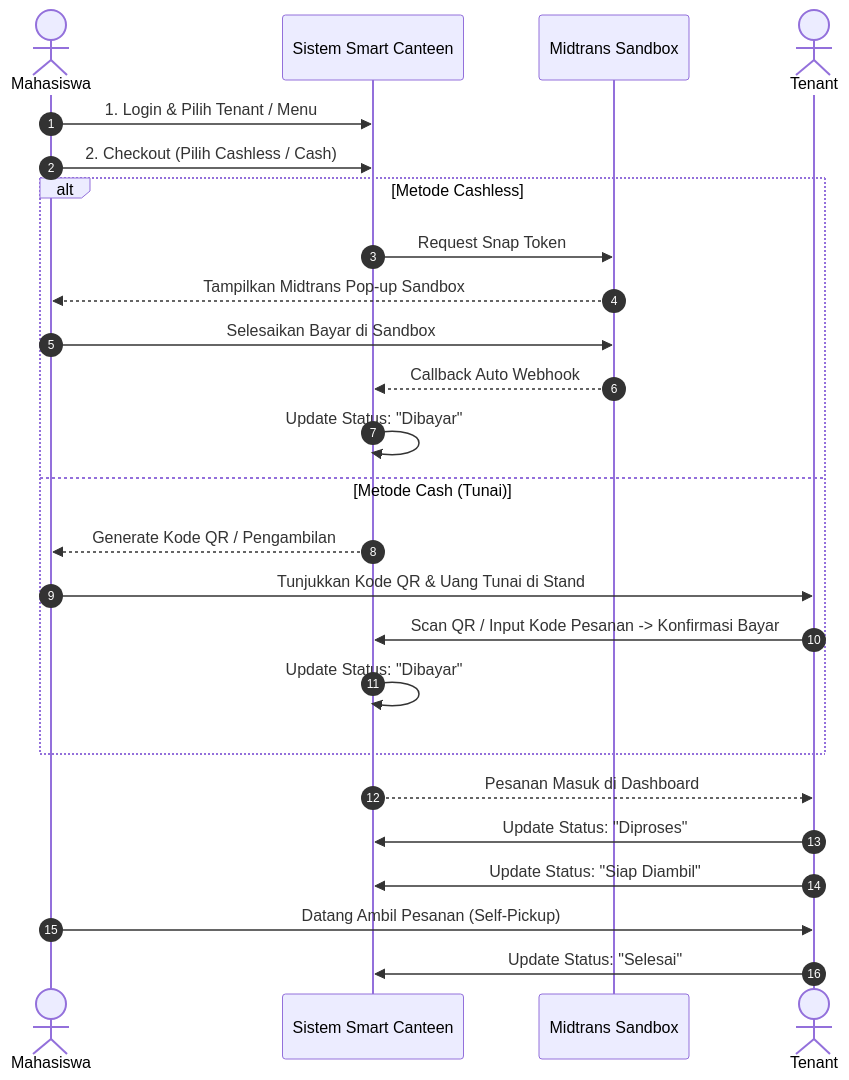
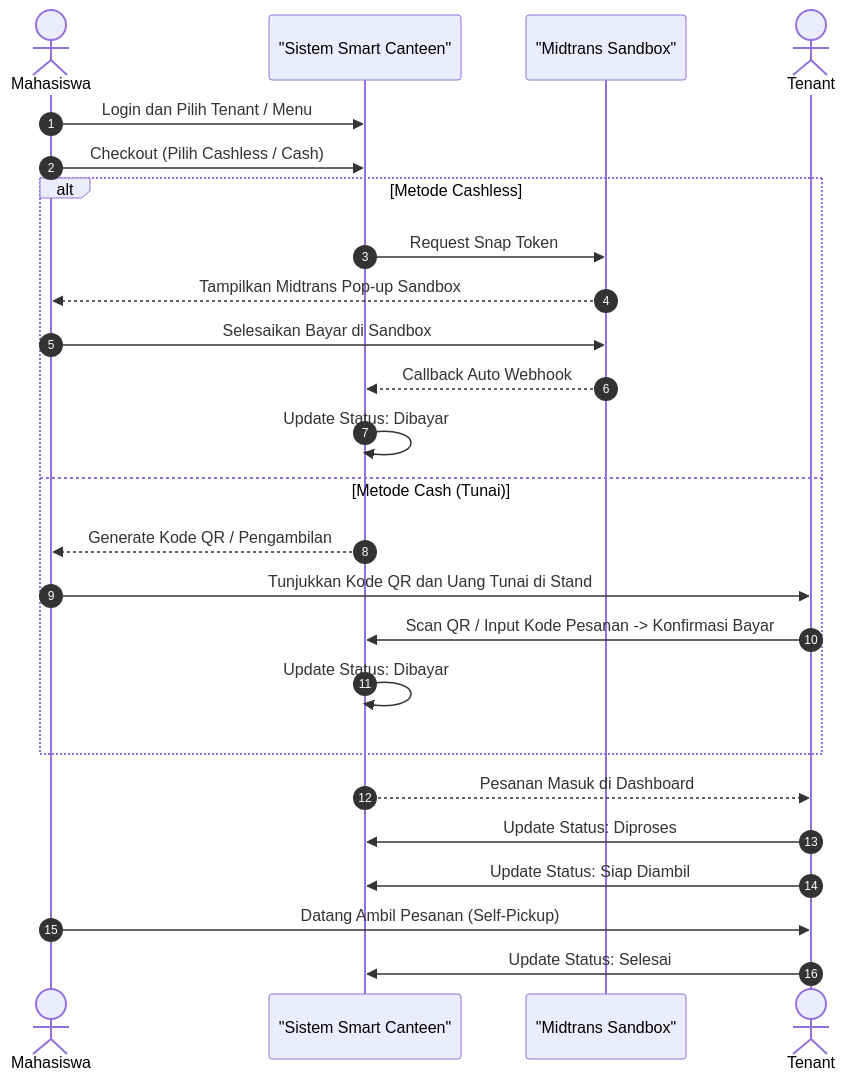
Before and after one commit to Hnzsama/smart_canteen: the third of 3 diagrams in docs/01-scope.md, drawn with Mermaid. The commit also changed other lines of this file and 6 other files, not shown here.

Commit message:
fix(docs): enlarge Mermaid diagrams and add .nojekyll for GitHub Pages

````diff
--- a/docs/01-scope.md
+++ b/docs/01-scope.md
@@ -124,28 +124,28 @@
 ```mermaid
 sequenceDiagram
     autonumber
     actor M as Mahasiswa
-    participant SYS as Sistem Smart Canteen
-    participant MID as Midtrans Sandbox
+    participant SYS as "Sistem Smart Canteen"
+    participant MID as "Midtrans Sandbox"
     actor T as Tenant
 
-    M->>SYS: 1. Login & Pilih Tenant / Menu
-    M->>SYS: 2. Checkout (Pilih Cashless / Cash)
+    M->>SYS: Login dan Pilih Tenant / Menu
+    M->>SYS: Checkout (Pilih Cashless / Cash)
     alt Metode Cashless
         SYS->>MID: Request Snap Token
         MID-->>M: Tampilkan Midtrans Pop-up Sandbox
         M->>MID: Selesaikan Bayar di Sandbox
         MID-->>SYS: Callback Auto Webhook
-        SYS->>SYS: Update Status: "Dibayar"
+        SYS->>SYS: Update Status: Dibayar
     else Metode Cash (Tunai)
         SYS-->>M: Generate Kode QR / Pengambilan
-        M->>T: Tunjukkan Kode QR & Uang Tunai di Stand
+        M->>T: Tunjukkan Kode QR dan Uang Tunai di Stand
         T->>SYS: Scan QR / Input Kode Pesanan -> Konfirmasi Bayar
-        SYS->>SYS: Update Status: "Dibayar"
+        SYS->>SYS: Update Status: Dibayar
     end
     SYS-->>T: Pesanan Masuk di Dashboard
-    T->>SYS: Update Status: "Diproses"
-    T->>SYS: Update Status: "Siap Diambil"
+    T->>SYS: Update Status: Diproses
+    T->>SYS: Update Status: Siap Diambil
     M->>T: Datang Ambil Pesanan (Self-Pickup)
-    T->>SYS: Update Status: "Selesai"
+    T->>SYS: Update Status: Selesai
 ```
````
